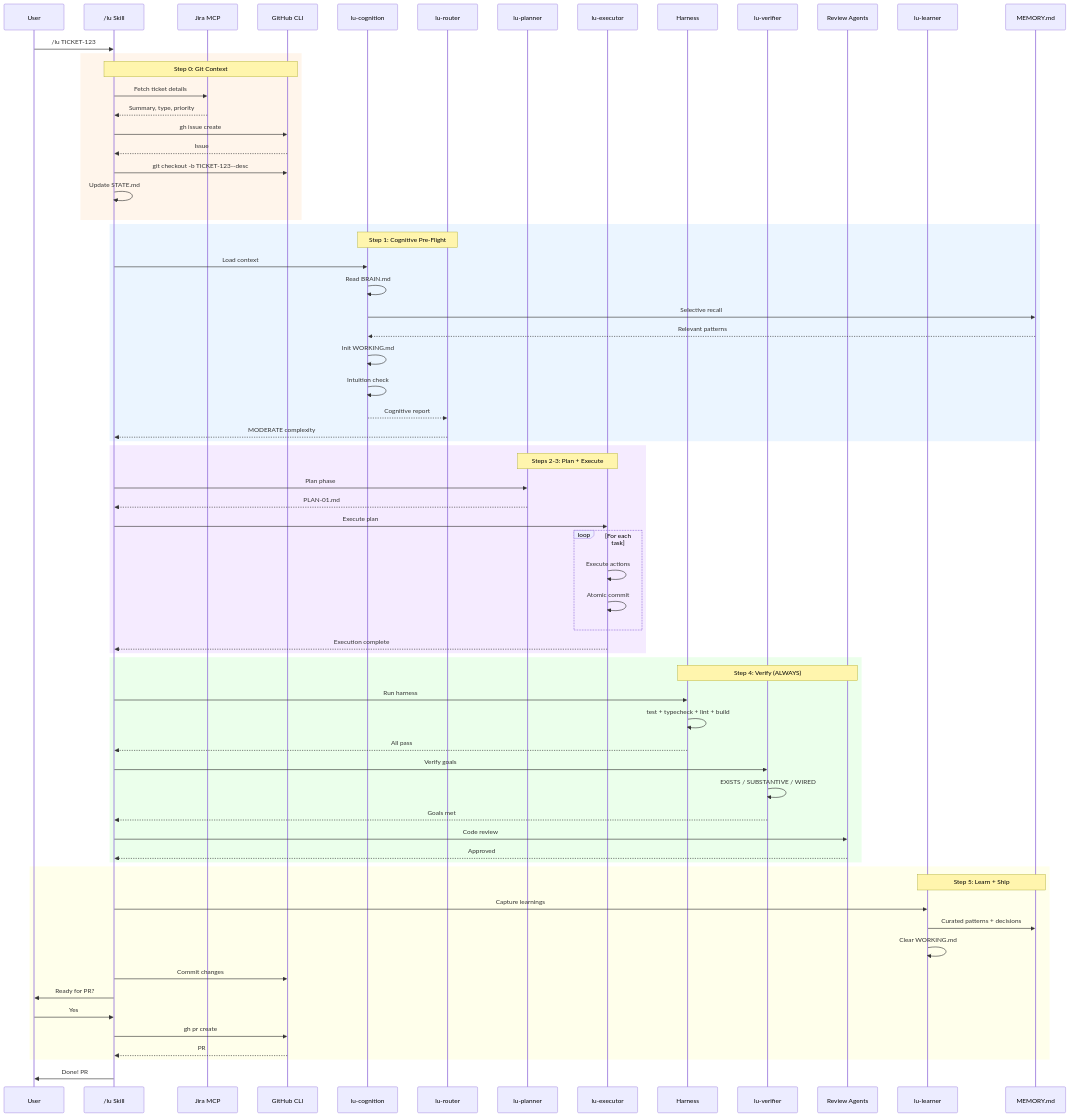
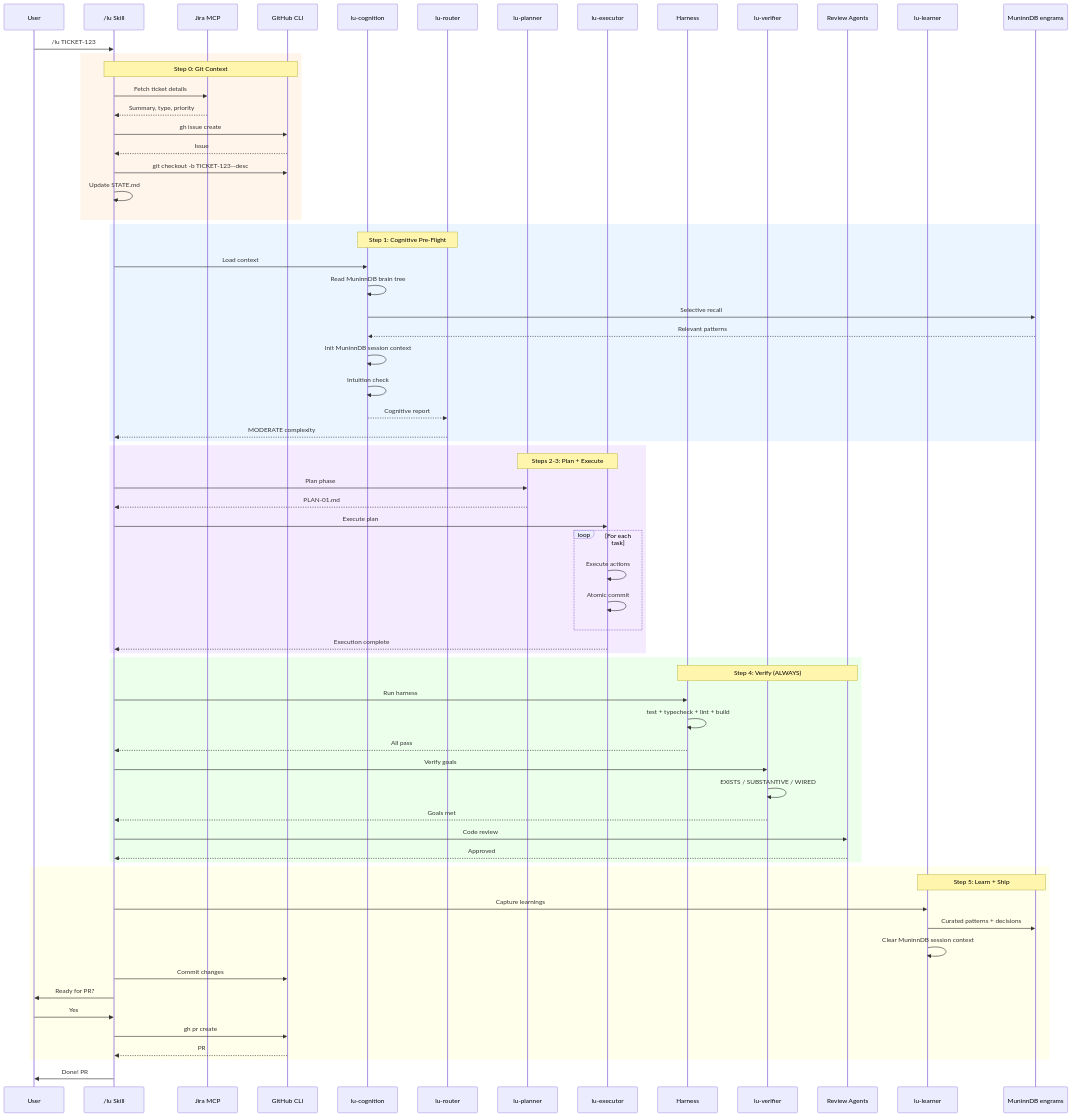
The tenth of 12 diagrams in docs/agent-framework/luca/framework-diagram.md (asibilia/luca-framework), drawn with Mermaid before and after one commit. The commit also changed other lines of this file and 820 other files, not shown here.

````diff
--- a/docs/agent-framework/luca/framework-diagram.md
+++ b/docs/agent-framework/luca/framework-diagram.md
@@ -472,80 +472,80 @@
 ```mermaid
 sequenceDiagram
     participant U as User
     participant LU as /lu Skill
     participant J as Jira MCP
     participant GH as GitHub CLI
     participant COG as lu-cognition
     participant R as lu-router
     participant P as lu-planner
     participant E as lu-executor
     participant H as Harness
     participant V as lu-verifier
     participant RV as Review Agents
     participant L as lu-learner
-    participant MEM as MEMORY.md
+    participant MEM as MuninnDB engrams
 
     U->>LU: /lu TICKET-123
 
     rect rgb(255, 245, 235)
         Note over LU,GH: Step 0: Git Context
         LU->>J: Fetch ticket details
         J-->>LU: Summary, type, priority
         LU->>GH: gh issue create
         GH-->>LU: Issue #42
         LU->>GH: git checkout -b TICKET-123--desc
         LU->>LU: Update STATE.md
     end
 
     rect rgb(235, 245, 255)
         Note over COG,R: Step 1: Cognitive Pre-Flight
         LU->>COG: Load context
-        COG->>COG: Read BRAIN.md
+        COG->>COG: Read MuninnDB brain tree
         COG->>MEM: Selective recall
         MEM-->>COG: Relevant patterns
-        COG->>COG: Init WORKING.md
+        COG->>COG: Init MuninnDB session context
         COG->>COG: Intuition check
         COG-->>R: Cognitive report
         R-->>LU: MODERATE complexity
     end
 
     rect rgb(245, 235, 255)
         Note over P,E: Steps 2-3: Plan + Execute
         LU->>P: Plan phase
         P-->>LU: PLAN-01.md
         LU->>E: Execute plan
 
         loop For each task
             E->>E: Execute actions
             E->>E: Atomic commit
         end
 
         E-->>LU: Execution complete
     end
 
     rect rgb(235, 255, 235)
         Note over H,RV: Step 4: Verify (ALWAYS)
         LU->>H: Run harness
         H->>H: test + typecheck + lint + build
         H-->>LU: All pass
         LU->>V: Verify goals
         V->>V: EXISTS / SUBSTANTIVE / WIRED
         V-->>LU: Goals met
         LU->>RV: Code review
         RV-->>LU: Approved
     end
 
     rect rgb(255, 255, 235)
         Note over L,MEM: Step 5: Learn + Ship
         LU->>L: Capture learnings
         L->>MEM: Curated patterns + decisions
-        L->>L: Clear WORKING.md
+        L->>L: Clear MuninnDB session context
         LU->>GH: Commit changes
         LU->>U: Ready for PR?
         U->>LU: Yes
         LU->>GH: gh pr create
         GH-->>LU: PR #99
     end
 
     LU->>U: Done! PR #99 created
 ```
````
